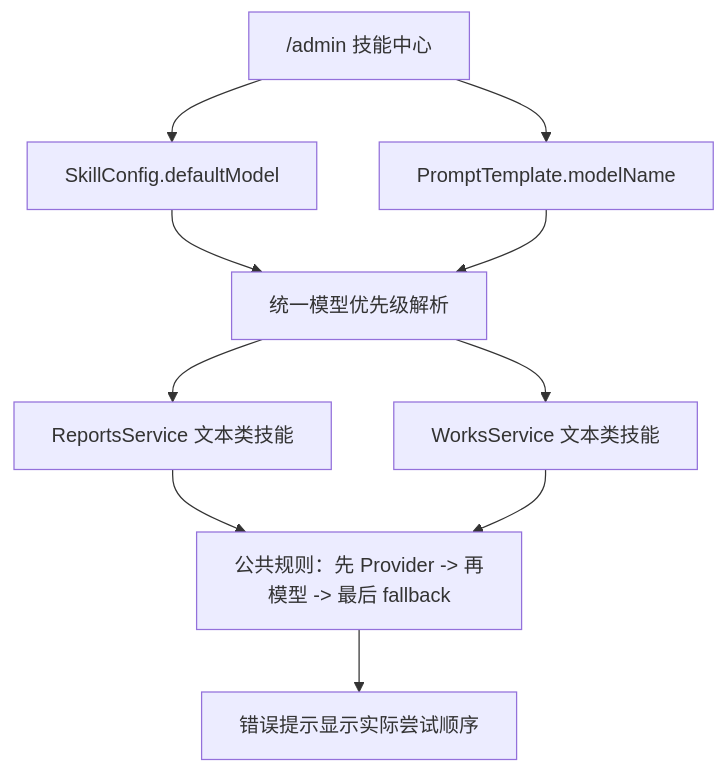
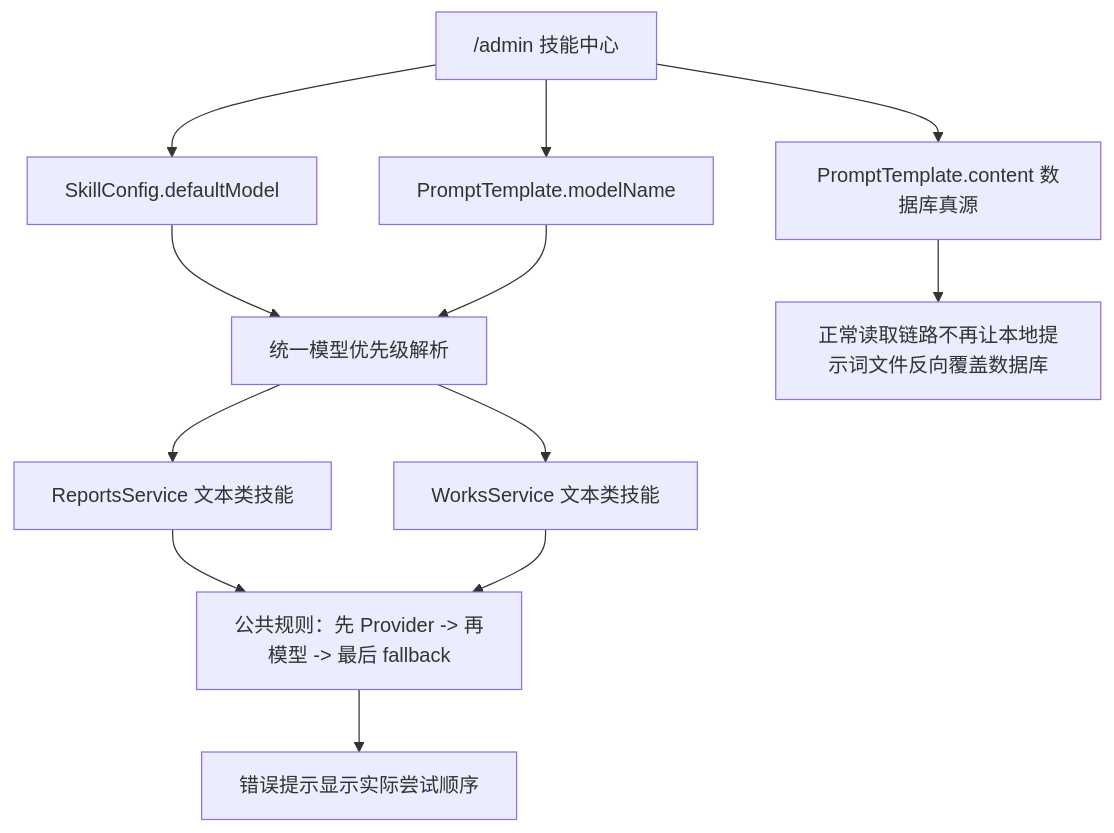
Before and after one commit to Depthukesh/ai-omni-ops-system: the fifth of 14 diagrams in docs/site-map-mermaid.md, drawn with Mermaid. The commit also changed other lines of this file and 9 other files, not shown here.

````diff
--- a/docs/site-map-mermaid.md
+++ b/docs/site-map-mermaid.md
@@ -241,13 +241,15 @@
 ```mermaid
 flowchart TD
     A["/admin 技能中心"]
     A --> A1["SkillConfig.defaultModel"]
     A --> A2["PromptTemplate.modelName"]
+    A --> A3["PromptTemplate.content 数据库真源"]
     A1 --> B["统一模型优先级解析"]
     A2 --> B
+    A3 --> B1["正常读取链路不再让本地提示词文件反向覆盖数据库"]
     B --> C1["ReportsService 文本类技能"]
     B --> C2["WorksService 文本类技能"]
     C1 --> D["公共规则：先 Provider -> 再模型 -> 最后 fallback"]
     C2 --> D
     D --> E["错误提示显示实际尝试顺序"]
 ```
````
